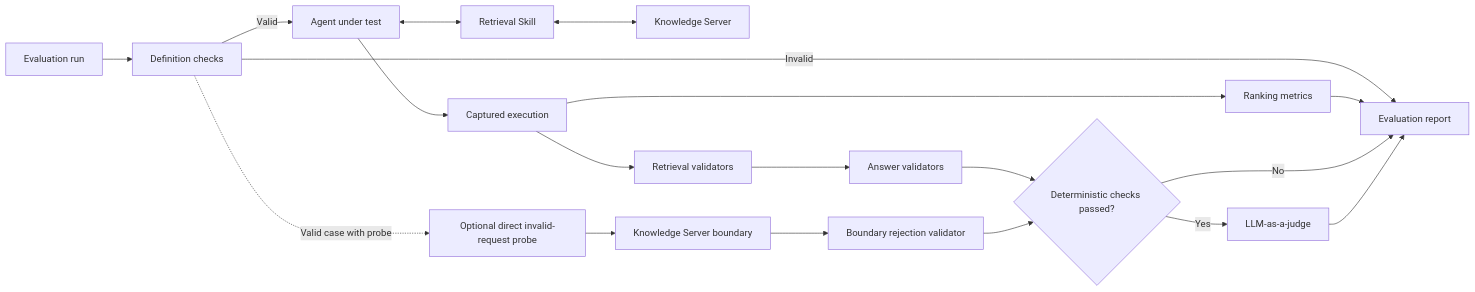
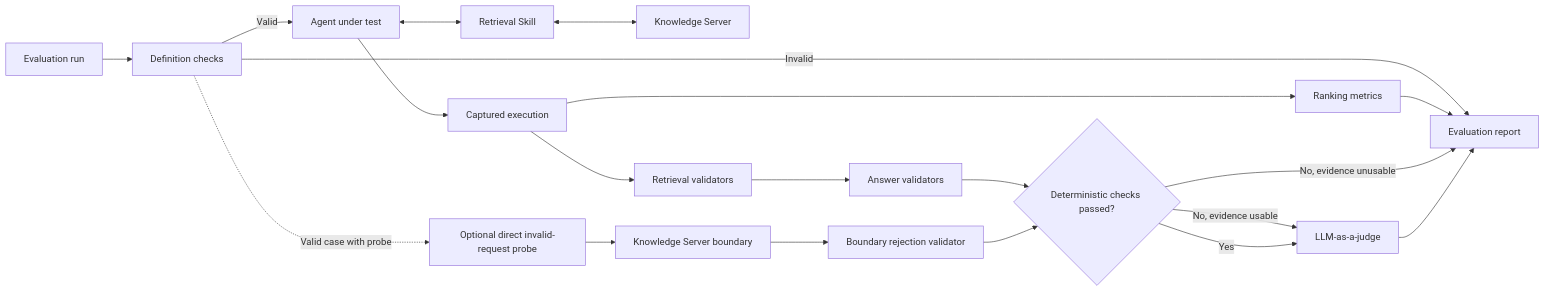
Before and after one commit to AlexGrisin/retrieval-eval-poc: the first of 3 diagrams in confluence/EVALUATION_PROCESS_FLOW.md, drawn with Mermaid. The commit also changed other lines of this file and 10 other files, not shown here.

````diff
--- a/confluence/EVALUATION_PROCESS_FLOW.md
+++ b/confluence/EVALUATION_PROCESS_FLOW.md
@@ -21,31 +21,32 @@
 ```mermaid
 flowchart LR
     RUN["Evaluation run"]
     DEFINITIONS["Definition checks"]
     AGENT["Agent under test"]
     SKILL["Retrieval Skill"]
     SERVER["Knowledge Server"]
     PROBE["Optional direct invalid-request probe"]
     PROBE_SERVICE["Knowledge Server boundary"]
     CAPTURE["Captured execution"]
     RET["Retrieval validators"]
     BOUNDARY["Boundary rejection validator"]
     ANSWER["Answer validators"]
     METRICS["Ranking metrics"]
     GATE{"Deterministic checks passed?"}
     JUDGE["LLM-as-a-judge"]
     REPORT["Evaluation report"]
 
     RUN --> DEFINITIONS
     DEFINITIONS -->|Invalid| REPORT
     DEFINITIONS -->|Valid| AGENT
     AGENT <--> SKILL
     SKILL <--> SERVER
     AGENT --> CAPTURE
     DEFINITIONS -.->|Valid case with probe| PROBE --> PROBE_SERVICE --> BOUNDARY
     CAPTURE --> RET --> ANSWER --> GATE
     BOUNDARY --> GATE
     CAPTURE --> METRICS --> REPORT
-    GATE -->|No| REPORT
+    GATE -->|No, evidence unusable| REPORT
+    GATE -->|No, evidence usable| JUDGE
     GATE -->|Yes| JUDGE --> REPORT
 ```
````
